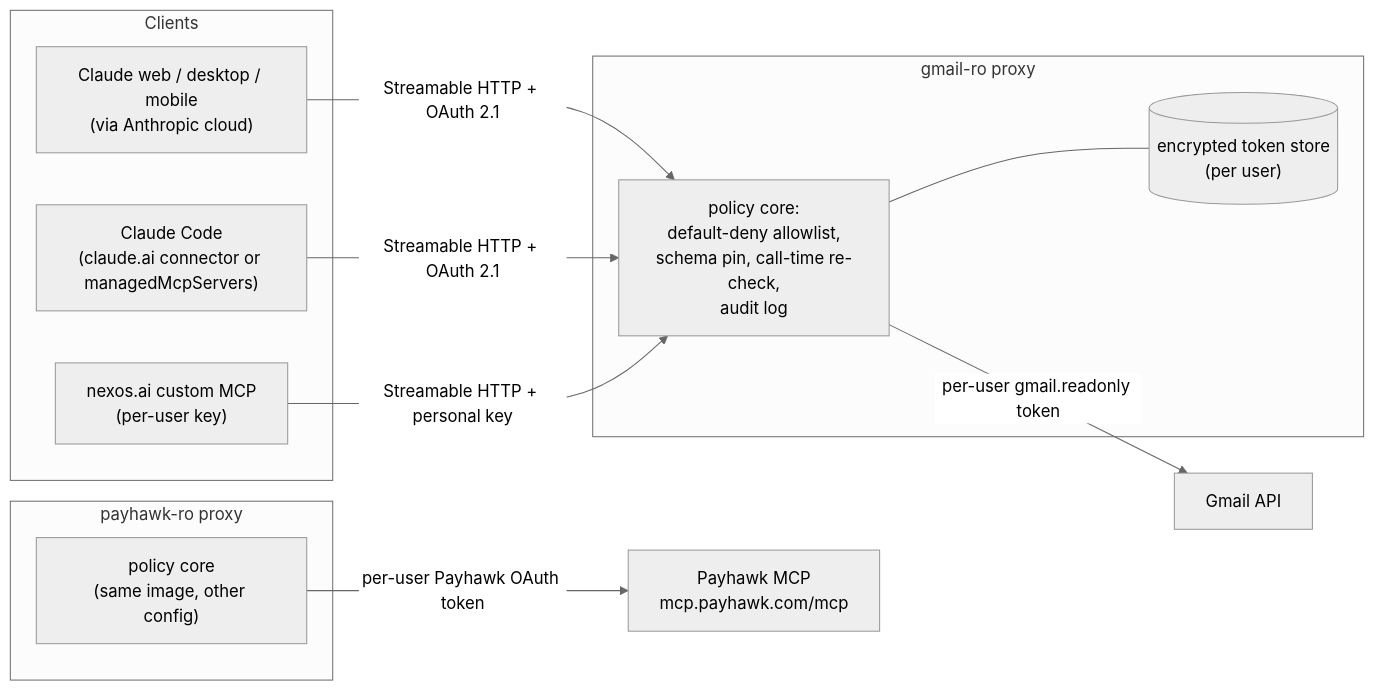
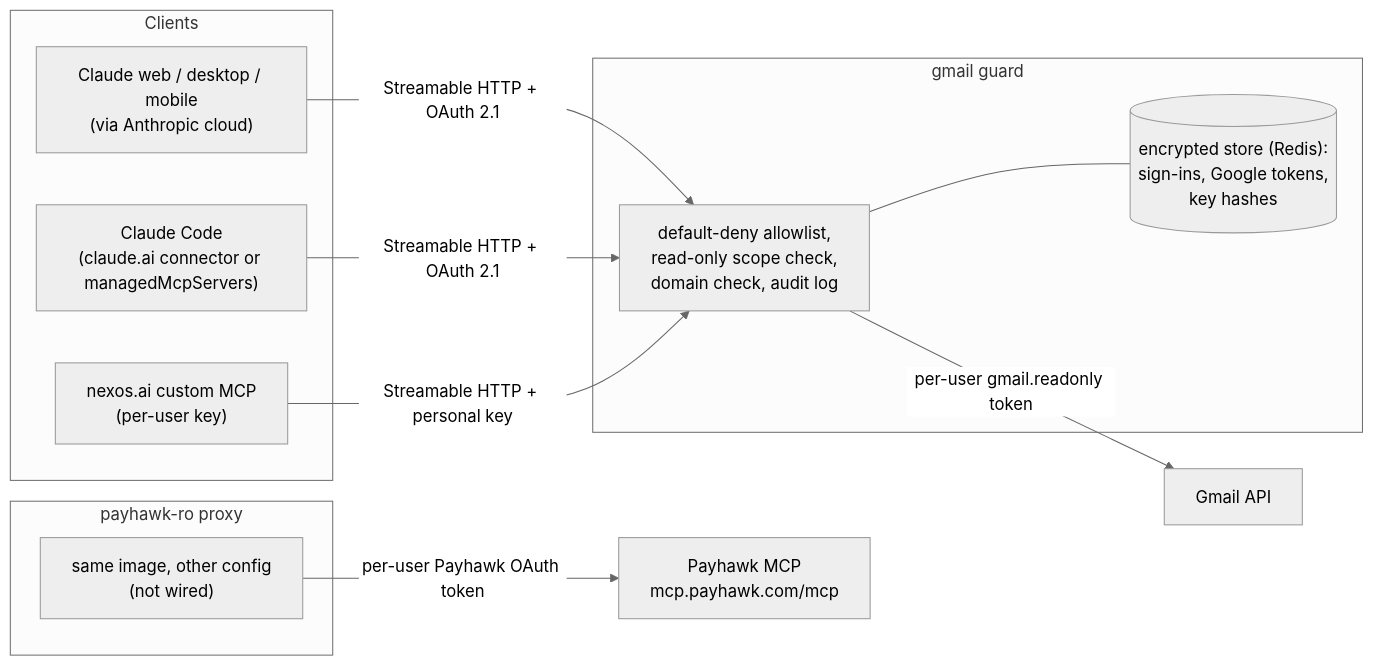
The first of 4 diagrams in docs/proxy-design.md (rokasce/mcp-readonly-proxies), drawn with Mermaid (neutral theme) before and after one commit. The commit also changed other lines of this file and 17 other files, not shown here.

````diff
--- a/docs/proxy-design.md
+++ b/docs/proxy-design.md
@@ -46,25 +46,25 @@
 ```mermaid
 flowchart LR
   subgraph Clients
     CW["Claude web / desktop / mobile<br/>(via Anthropic cloud)"]
     CC["Claude Code<br/>(claude.ai connector or managedMcpServers)"]
     NX["nexos.ai custom MCP<br/>(per-user key)"]
   end
 
-  subgraph GP["gmail-ro proxy"]
-    GPC["policy core:<br/>default-deny allowlist,<br/>schema pin, call-time re-check,<br/>audit log"]
-    GTS[("encrypted token store<br/>(per user)")]
+  subgraph GP["gmail guard"]
+    GPC["default-deny allowlist,<br/>read-only scope check,<br/>domain check, audit log"]
+    GTS[("encrypted store (Redis):<br/>sign-ins, Google tokens,<br/>key hashes")]
   end
 
   subgraph PP["payhawk-ro proxy"]
-    PPC["policy core<br/>(same image, other config)"]
+    PPC["same image, other config<br/>(not wired)"]
   end
 
   CW -- "Streamable HTTP + OAuth 2.1" --> GPC
   CC -- "Streamable HTTP + OAuth 2.1" --> GPC
   NX -- "Streamable HTTP + personal key" --> GPC
   GPC --- GTS
   GPC -- "per-user gmail.readonly token" --> GAPI["Gmail API"]
 
   PPC -- "per-user Payhawk OAuth token" --> PMCP["Payhawk MCP<br/>mcp.payhawk.com/mcp"]
 ```
````
